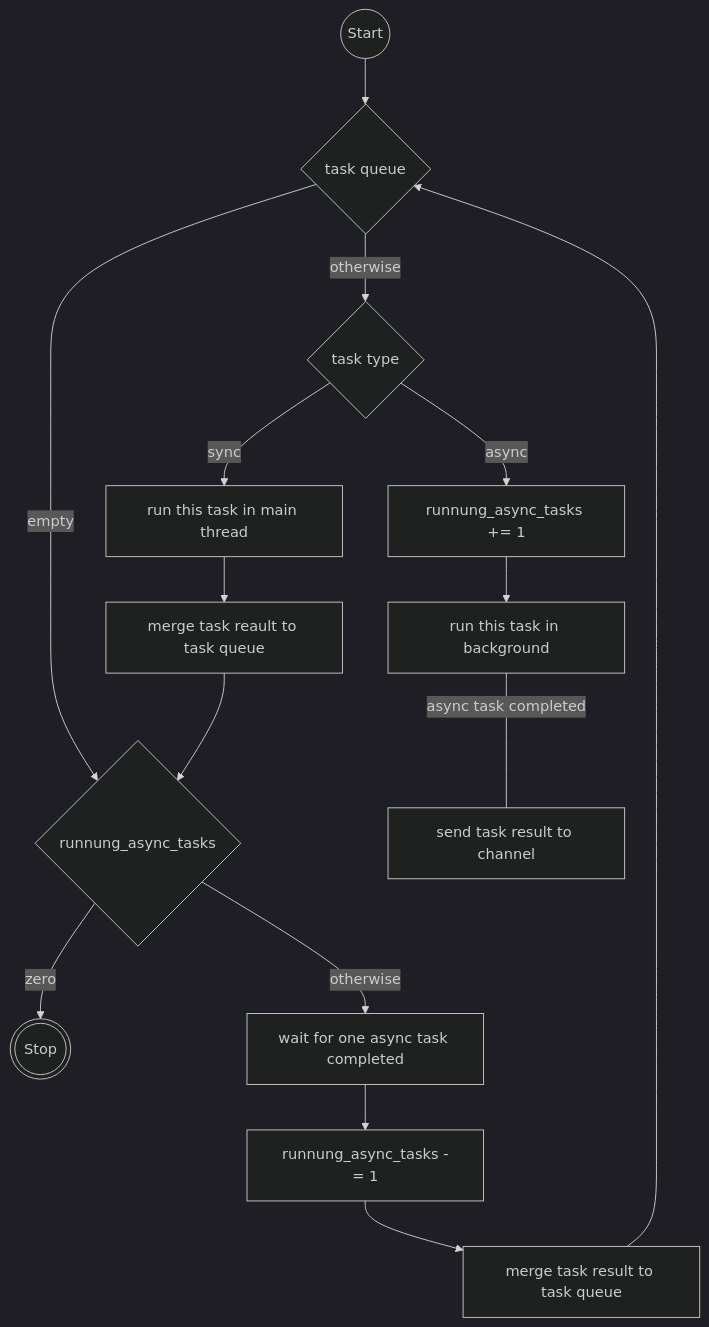
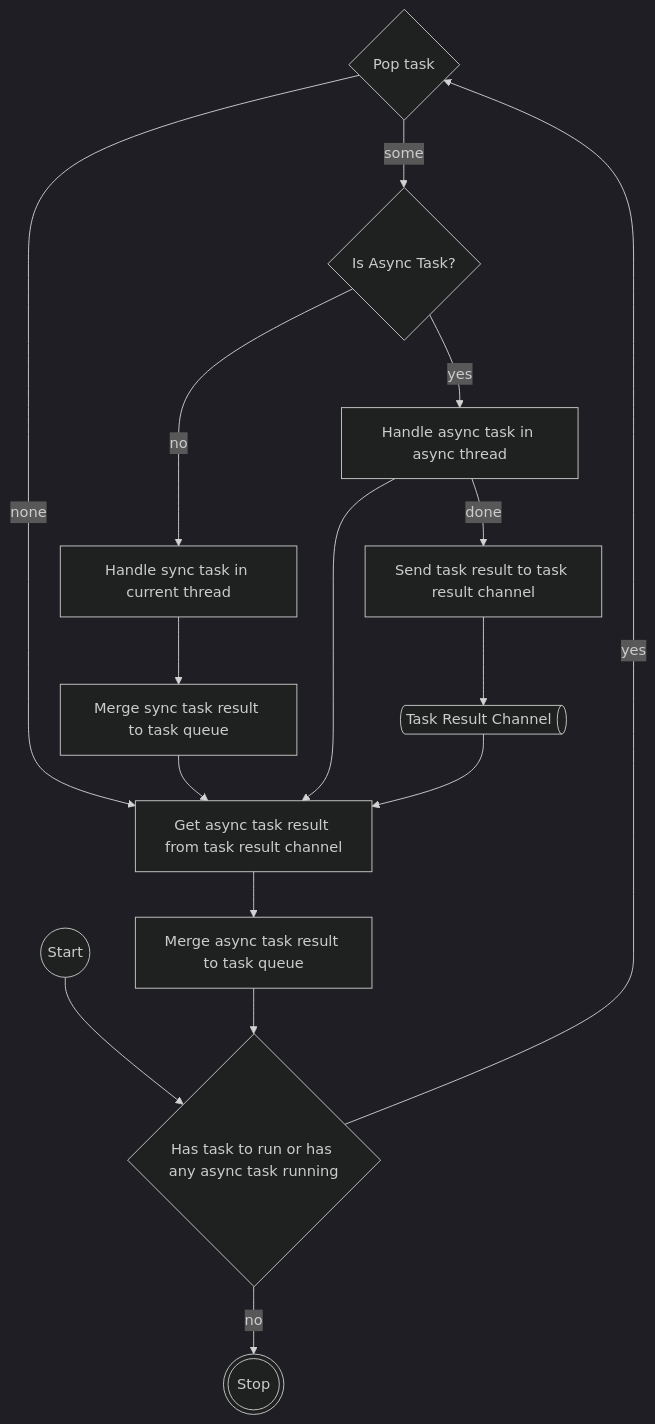
One commit to wtlin1228/boar-hat changed the diagram in gowther/how-rspack-works/README.md. Above: the diagram before and after it, drawn with Mermaid (dark theme).

Commit message:
Gowther updated the task loop

````diff
--- a/gowther/how-rspack-works/README.md
+++ b/gowther/how-rspack-works/README.md
@@ -92,21 +92,33 @@
 ```mermaid
 flowchart TD
-    Start@{ shape: circle, label: "Start" } --> A{task queue}
+    Pop_Task{Pop task}
+    Cond_Task_Type{Is Async Task?}
+    Handle_Async_Task_In_Async_Thread[Handle async task in async thread]
+    Handle_Sync_Task_In_Current_Thread[Handle sync task in current thread]
+    Send_Task_Result_To_Task_Result_Channel[Send task result to task result channel]
+    Get_Async_Task_Result_From_Task_Result_Channel[Get async task result from task result channel]
+    Merge_Sync_Task_Result_To_Task_Queue[Merge sync task result to task queue]
+    Merge_Async_Task_Result_To_Task_Queue[Merge async task result to task queue]
 
-    A -->|empty| B{runnung_async_tasks}
-        B -->|zero| Stop@{ shape: dbl-circ, label: "Stop" }
+    Start@{ shape: circle, label: "Start" }
+    Finish@{ shape: dbl-circ, label: "Stop" }
+    Loop{"Has task to run or has any async task running"}
+    Task_Result_Channel@{ shape: das, label: "Task Result Channel" }
 
-        B --> |otherwise| C[wait for one async task completed]
-        C --> D[runnung_async_tasks -= 1]
-        D --> E[merge task result to task queue]
-        E --> A
+    Start --> Loop
+    Loop -->|no| Finish
+    Loop -->|yes| Pop_Task
+    Pop_Task -->|none| Get_Async_Task_Result_From_Task_Result_Channel
+    Pop_Task -->|some| Cond_Task_Type
+    Cond_Task_Type -->|no| Handle_Sync_Task_In_Current_Thread
+    Handle_Sync_Task_In_Current_Thread --> Merge_Sync_Task_Result_To_Task_Queue
+    Merge_Sync_Task_Result_To_Task_Queue-->Get_Async_Task_Result_From_Task_Result_Channel
+    Cond_Task_Type -->|yes| Handle_Async_Task_In_Async_Thread
+    Handle_Async_Task_In_Async_Thread --done--> Send_Task_Result_To_Task_Result_Channel
+    Send_Task_Result_To_Task_Result_Channel-->Task_Result_Channel
+    Handle_Async_Task_In_Async_Thread-->Get_Async_Task_Result_From_Task_Result_Channel
+    Get_Async_Task_Result_From_Task_Result_Channel-->Merge_Async_Task_Result_To_Task_Queue
+    Task_Result_Channel-->Get_Async_Task_Result_From_Task_Result_Channel
+    Merge_Async_Task_Result_To_Task_Queue-->Loop
 
-    A -->|otherwise| F{task type}
-        F -->|async| G[runnung_async_tasks += 1]
-        G --> H[run this task in background]
-        H -- async task completed --- I[send task result to channel]
-
-        F -->|sync| J[run this task in main thread]
-        J --> K[merge task reault to task queue]
-        K --> B
 ```
````
